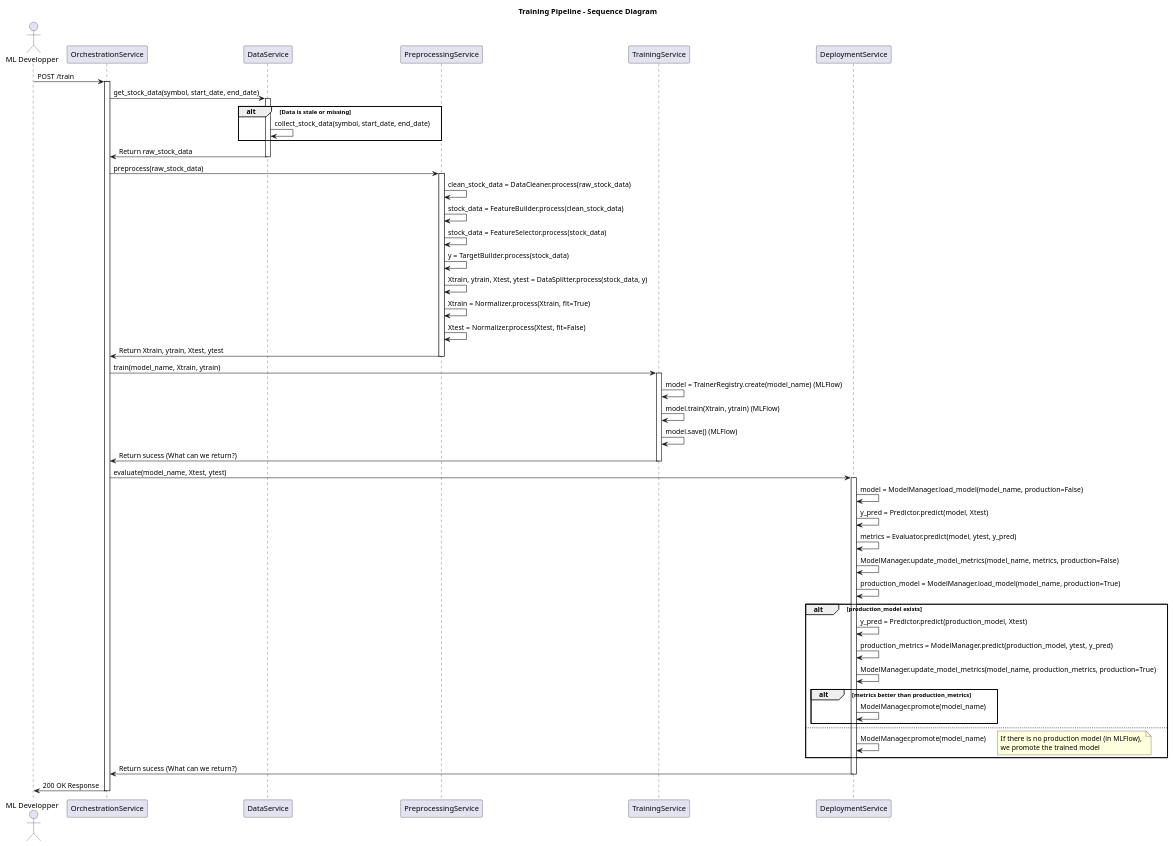
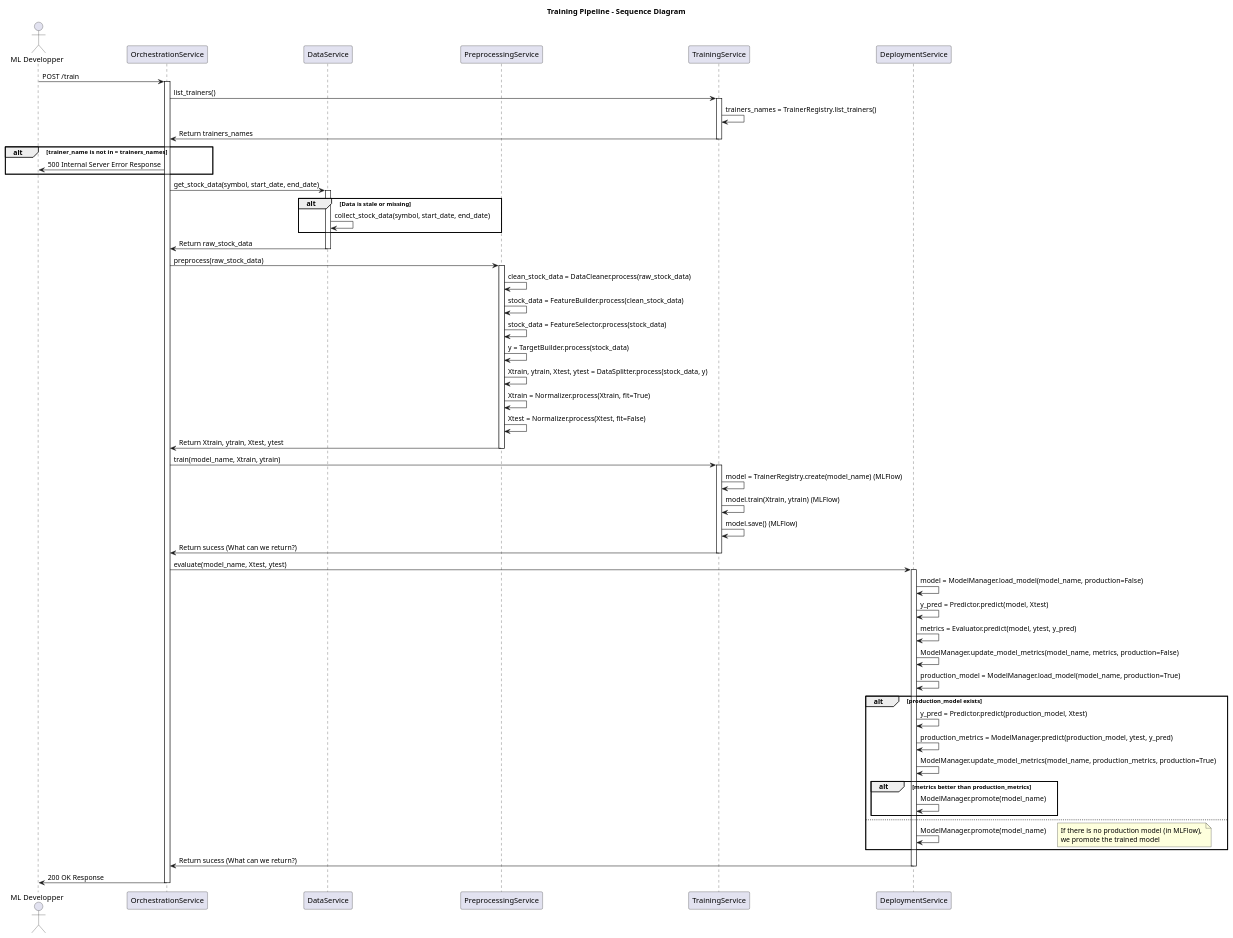
Before and after one commit to LOG795-PFE031/stock-ai_pfe031: the diagram in docs/monolith/Training_Pipeline_Sequence_Diagram.puml, drawn with PlantUML. The commit also changed 1 other file, not shown here.

Commit message:
Diagram correction (docs)

```diff
--- a/docs/monolith/Training_Pipeline_Sequence_Diagram.puml
+++ b/docs/monolith/Training_Pipeline_Sequence_Diagram.puml
@@ -1,82 +1,94 @@
 @startuml
 
 title Training Pipeline - Sequence Diagram
 
 Actor "ML Developper" as User
 participant OrchestrationService
 participant DataService
 participant PreprocessingService
 participant TrainingService
 participant DeploymentService
 
 
 User -> OrchestrationService : POST /train
 activate OrchestrationService
+
+
+OrchestrationService -> TrainingService : list_trainers()
+activate TrainingService
+TrainingService -> TrainingService : trainers_names = TrainerRegistry.list_trainers()
+TrainingService -> OrchestrationService : Return trainers_names
+deactivate TrainingService
+
+alt trainer_name is not in  = trainers_names
+    OrchestrationService -> User : 500 Internal Server Error Response
+end
+
 
 OrchestrationService -> DataService : get_stock_data(symbol, start_date, end_date)
 activate DataService
 
 alt Data is stale or missing
     DataService -> DataService : collect_stock_data(symbol, start_date, end_date)
 end
 DataService -> OrchestrationService : Return raw_stock_data
 deactivate DataService
 
 
 OrchestrationService -> PreprocessingService : preprocess(raw_stock_data)
 activate PreprocessingService
 PreprocessingService -> PreprocessingService : clean_stock_data = DataCleaner.process(raw_stock_data)
 PreprocessingService -> PreprocessingService : stock_data = FeatureBuilder.process(clean_stock_data)
 PreprocessingService -> PreprocessingService : stock_data = FeatureSelector.process(stock_data)
 PreprocessingService -> PreprocessingService : y = TargetBuilder.process(stock_data)
 PreprocessingService -> PreprocessingService : Xtrain, ytrain, Xtest, ytest = DataSplitter.process(stock_data, y)
 PreprocessingService -> PreprocessingService : Xtrain = Normalizer.process(Xtrain, fit=True)
 PreprocessingService -> PreprocessingService : Xtest = Normalizer.process(Xtest, fit=False)
 PreprocessingService -> OrchestrationService : Return Xtrain, ytrain, Xtest, ytest
 deactivate PreprocessingService
 
 
 OrchestrationService -> TrainingService : train(model_name, Xtrain, ytrain)
 activate TrainingService
 
 TrainingService -> TrainingService : model = TrainerRegistry.create(model_name) (MLFlow)
 TrainingService -> TrainingService : model.train(Xtrain, ytrain) (MLFlow)
 TrainingService -> TrainingService : model.save() (MLFlow)
 TrainingService -> OrchestrationService : Return sucess (What can we return?)
 deactivate TrainingService
 
 OrchestrationService -> DeploymentService : evaluate(model_name, Xtest, ytest)
 activate DeploymentService
 
 DeploymentService -> DeploymentService : model = ModelManager.load_model(model_name, production=False)
 DeploymentService -> DeploymentService : y_pred = Predictor.predict(model, Xtest)
 DeploymentService -> DeploymentService : metrics = Evaluator.predict(model, ytest, y_pred)
 DeploymentService -> DeploymentService : ModelManager.update_model_metrics(model_name, metrics, production=False)
 
 DeploymentService -> DeploymentService : production_model = ModelManager.load_model(model_name, production=True)
 
 alt production_model exists
     DeploymentService -> DeploymentService : y_pred = Predictor.predict(production_model, Xtest)
     DeploymentService -> DeploymentService : production_metrics = ModelManager.predict(production_model, ytest, y_pred)
     DeploymentService -> DeploymentService : ModelManager.update_model_metrics(model_name, production_metrics, production=True)
 
     alt metrics better than production_metrics
         DeploymentService -> DeploymentService : ModelManager.promote(model_name)
     end
 
 else
     DeploymentService -> DeploymentService : ModelManager.promote(model_name)
     note right
     If there is no production model (in MLFlow), 
     we promote the trained model
     end note
 end
 
 DeploymentService -> OrchestrationService : Return sucess (What can we return?)
 deactivate DeploymentService
 
 
 OrchestrationService -> User : 200 OK Response
 deactivate OrchestrationService
 
 @enduml
```
